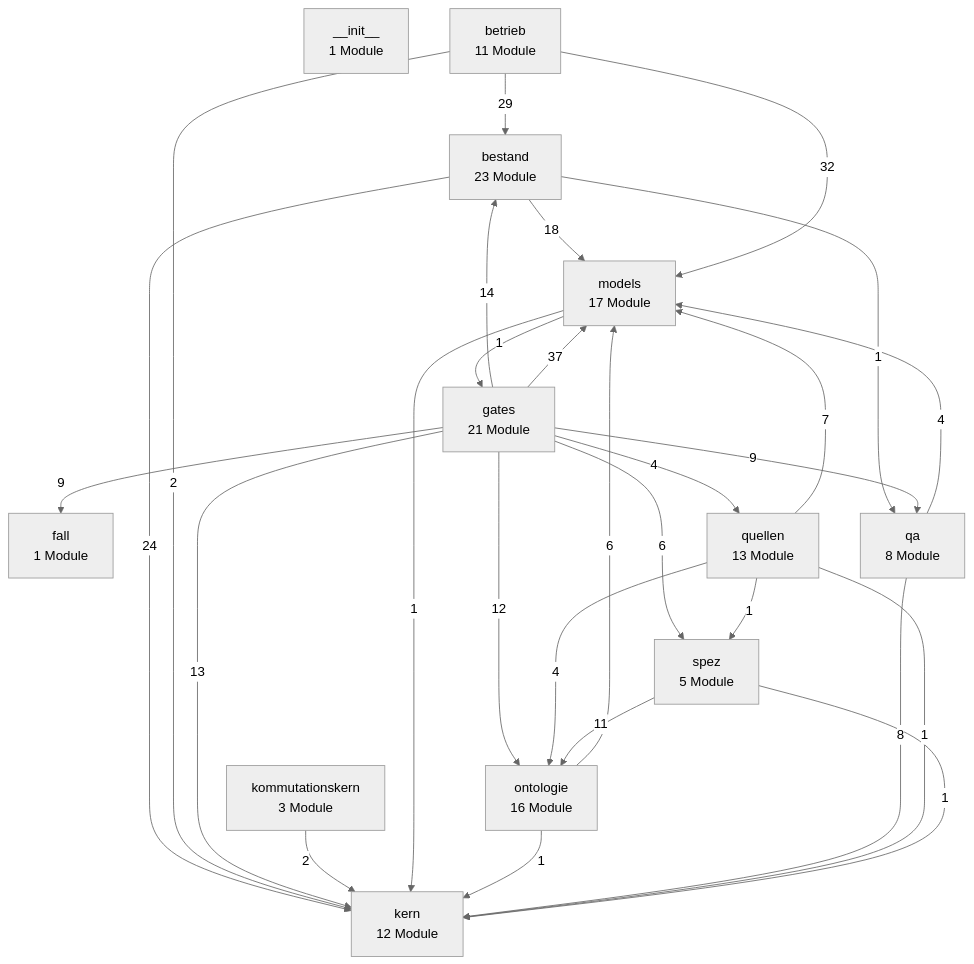
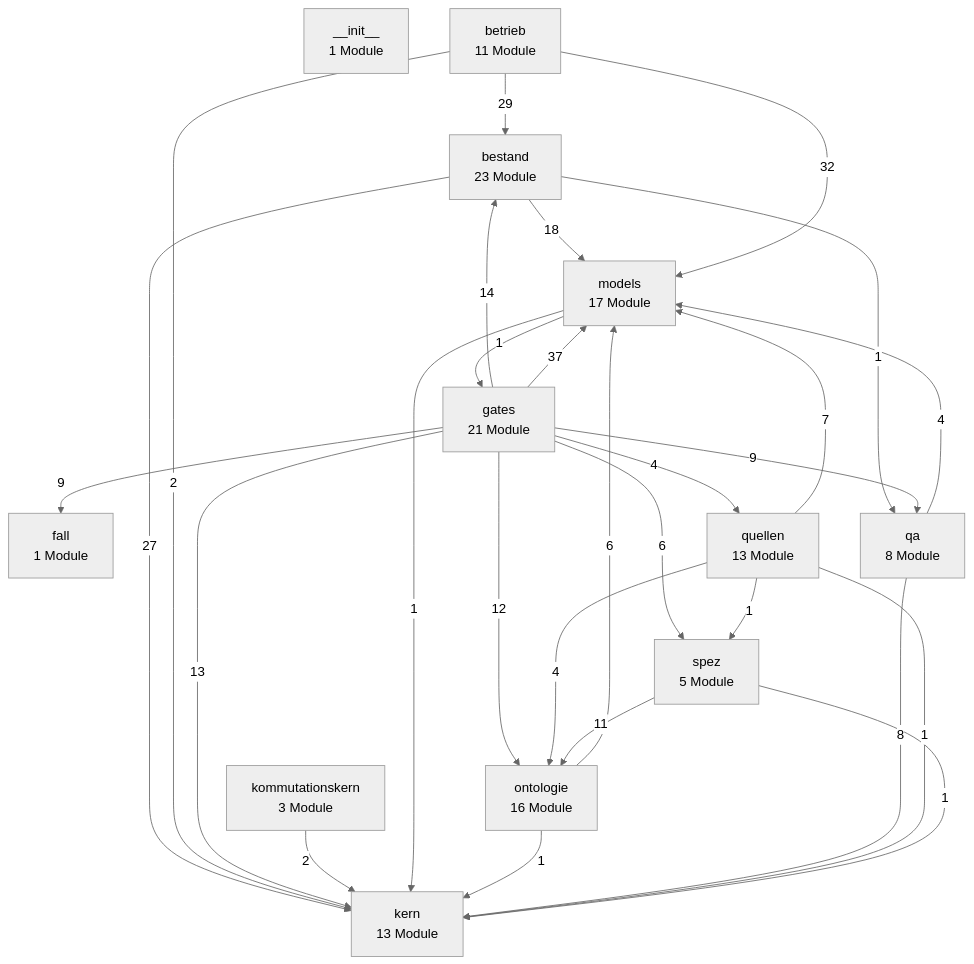
The first of 3 diagrams in docs/architektur/landkarte.md (bartlmac/rechner-pipeline), drawn with Mermaid (neutral theme) before and after one commit. The commit also changed other lines of this file and 60 other files, not shown here.

````diff
--- a/docs/architektur/landkarte.md
+++ b/docs/architektur/landkarte.md
@@ -27,43 +27,43 @@
 ```mermaid
 %% Schichten — erzeugt von ontologie.landkarte
 flowchart TD
     n__init__["__init__<br/>1 Module"]
     bestand["bestand<br/>23 Module"]
     betrieb["betrieb<br/>11 Module"]
     fall["fall<br/>1 Module"]
     gates["gates<br/>21 Module"]
-    kern["kern<br/>12 Module"]
+    kern["kern<br/>13 Module"]
     kommutationskern["kommutationskern<br/>3 Module"]
     models["models<br/>17 Module"]
     ontologie["ontologie<br/>16 Module"]
     qa["qa<br/>8 Module"]
     quellen["quellen<br/>13 Module"]
     spez["spez<br/>5 Module"]
-    bestand -- 24 --> kern
+    bestand -- 27 --> kern
     bestand -- 18 --> models
     bestand -- 1 --> qa
     betrieb -- 29 --> bestand
     betrieb -- 2 --> kern
     betrieb -- 32 --> models
     gates -- 14 --> bestand
     gates -- 9 --> fall
     gates -- 13 --> kern
     gates -- 37 --> models
     gates -- 12 --> ontologie
     gates -- 9 --> qa
     gates -- 4 --> quellen
     gates -- 6 --> spez
     kommutationskern -- 2 --> kern
     models -- 1 --> gates
     models -- 1 --> kern
     ontologie -- 1 --> kern
     ontologie -- 6 --> models
     qa -- 8 --> kern
     qa -- 4 --> models
     quellen -- 1 --> kern
     quellen -- 7 --> models
     quellen -- 4 --> ontologie
     quellen -- 1 --> spez
     spez -- 1 --> kern
     spez -- 11 --> ontologie
 ```
````
